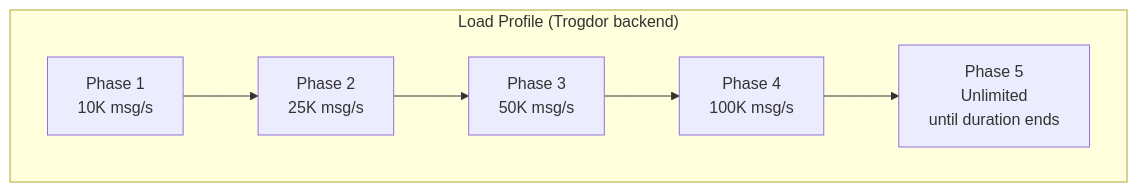
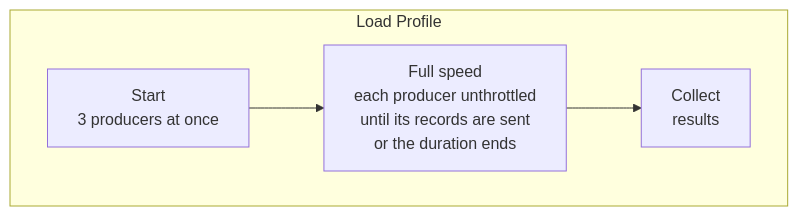
One commit to actions-marketplace-validations/bmscomp_kates changed the third of 8 diagrams in docs/book/05-test-types.md. Above: the diagram before and after it, drawn with Mermaid. The commit also changed other lines of this file, not shown here.

````diff
--- a/docs/book/05-test-types.md
+++ b/docs/book/05-test-types.md
@@ -125,7 +127,10 @@
 ```mermaid
+%%| label: fig-types-stress-profile
+%%| fig-cap: "A STRESS run starts all its producers together, and each runs at full speed until its records are sent or the duration ends."
+%%| fig-alt: "Flowchart, left to right: start 3 producers at once; each sends unthrottled until its records are sent or the duration ends; collect the results."
 graph LR
-    subgraph Stress["Load Profile (Trogdor backend)"]
+    subgraph Stress["Load Profile"]
         direction LR
-        P1["Phase 1<br/>10K msg/s"] --> P2["Phase 2<br/>25K msg/s"] --> P3["Phase 3<br/>50K msg/s"] --> P4["Phase 4<br/>100K msg/s"] --> P5["Phase 5<br/>Unlimited<br/>until duration ends"]
+        S1["Start<br/>3 producers at once"] --> S2["Full speed<br/>each producer unthrottled<br/>until its records are sent<br/>or the duration ends"] --> S3["Collect<br/>results"]
     end
 ```
````
